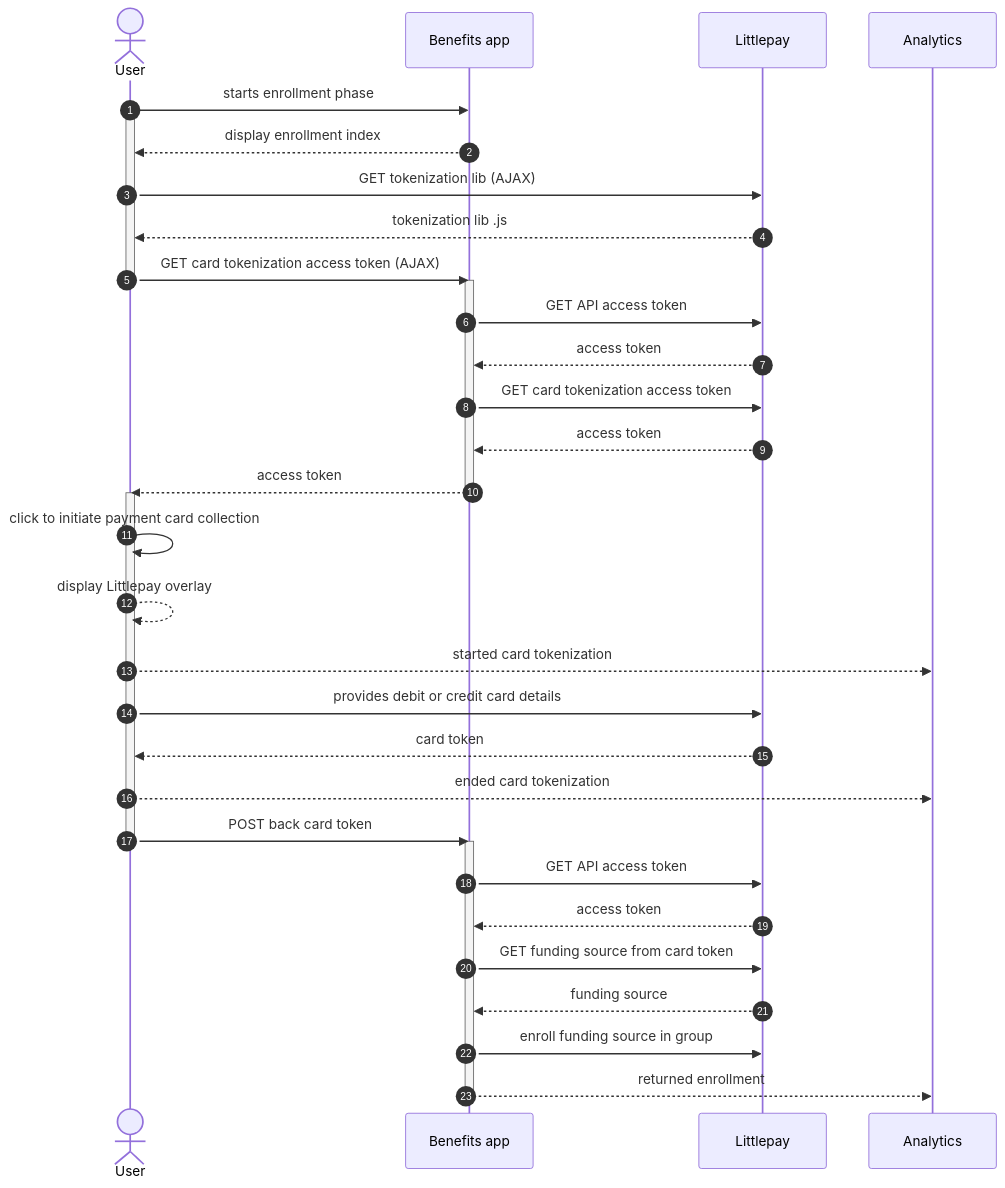
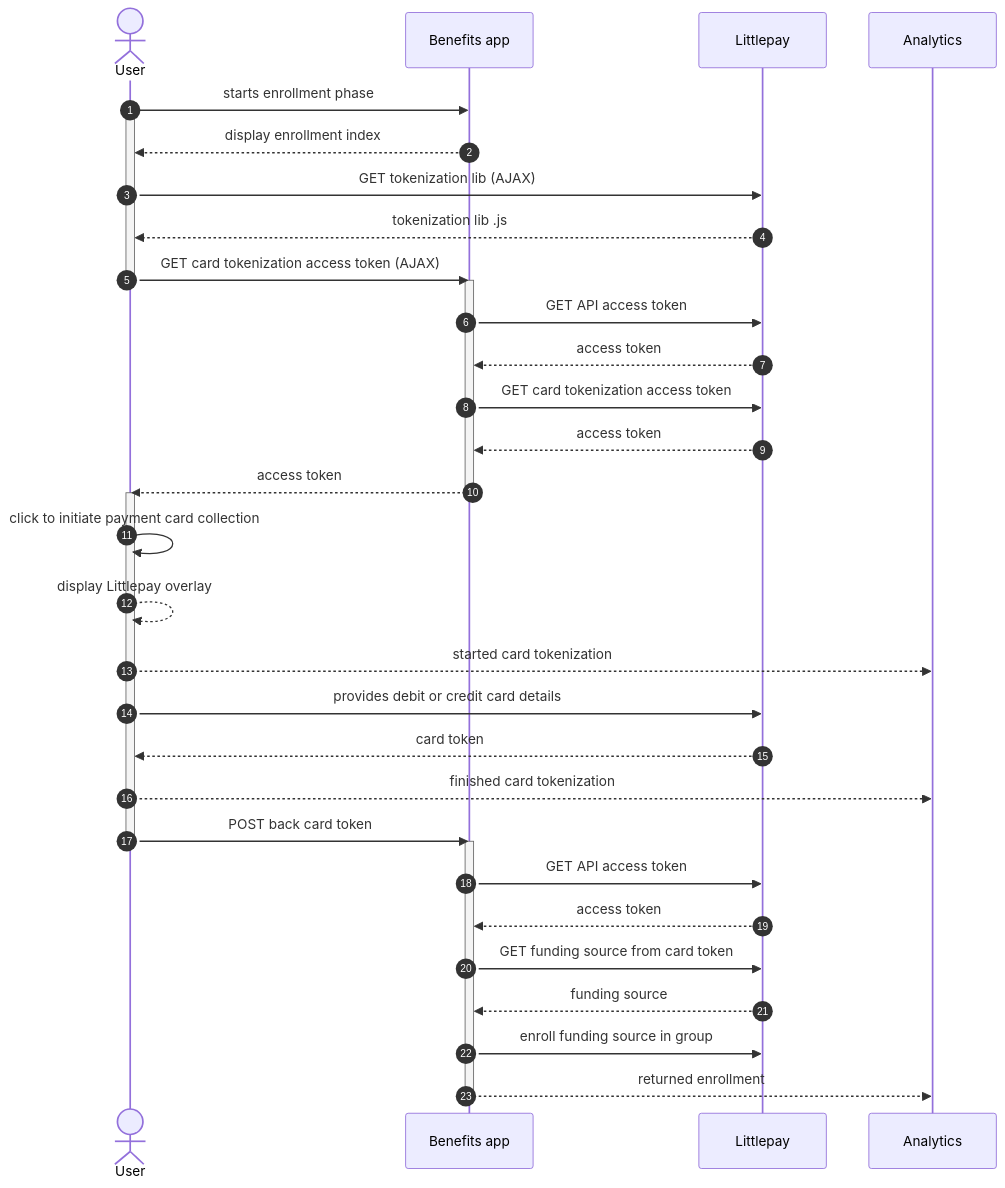
Before and after one commit to cal-itp/benefits: the sixth of 6 diagrams in docs/development/application-logic.md, drawn with Mermaid. The commit also changed 1 other file, not shown here.

Commit message:
docs: rename finished card tokenization event
aligns with other start/finish events like for sign in

````diff
--- a/docs/development/application-logic.md
+++ b/docs/development/application-logic.md
@@ -248,41 +248,41 @@
 ```mermaid
 sequenceDiagram
 autonumber
 %% Enrollment phase
     actor user as User
     participant benefits as Benefits app
     participant littlepay as Littlepay
     participant analytics as Analytics
 
 user->>benefits: starts enrollment phase
     activate user
 benefits-->>user: display enrollment index
 user->>littlepay: GET tokenization lib (AJAX)
 littlepay-->>user: tokenization lib .js
 user->>benefits: GET card tokenization access token (AJAX)
     deactivate user
     activate benefits
 benefits->>littlepay: GET API access token
 littlepay-->>benefits: access token
 benefits->>littlepay: GET card tokenization access token
 littlepay-->>benefits: access token
 benefits-->>user: access token
     deactivate benefits
     activate user
 user->>user: click to initiate payment card collection
 user-->>user: display Littlepay overlay
 user-->>analytics: started card tokenization
 user->>littlepay: provides debit or credit card details
 littlepay-->>user: card token
-user-->>analytics: ended card tokenization
+user-->>analytics: finished card tokenization
 user->>benefits: POST back card token
     deactivate user
     activate benefits
 benefits->>littlepay: GET API access token
 littlepay-->>benefits: access token
 benefits->>littlepay: GET funding source from card token
 littlepay-->>benefits: funding source
 benefits->>littlepay: enroll funding source in group
 benefits-->>analytics: returned enrollment
     deactivate benefits
 ```
````
